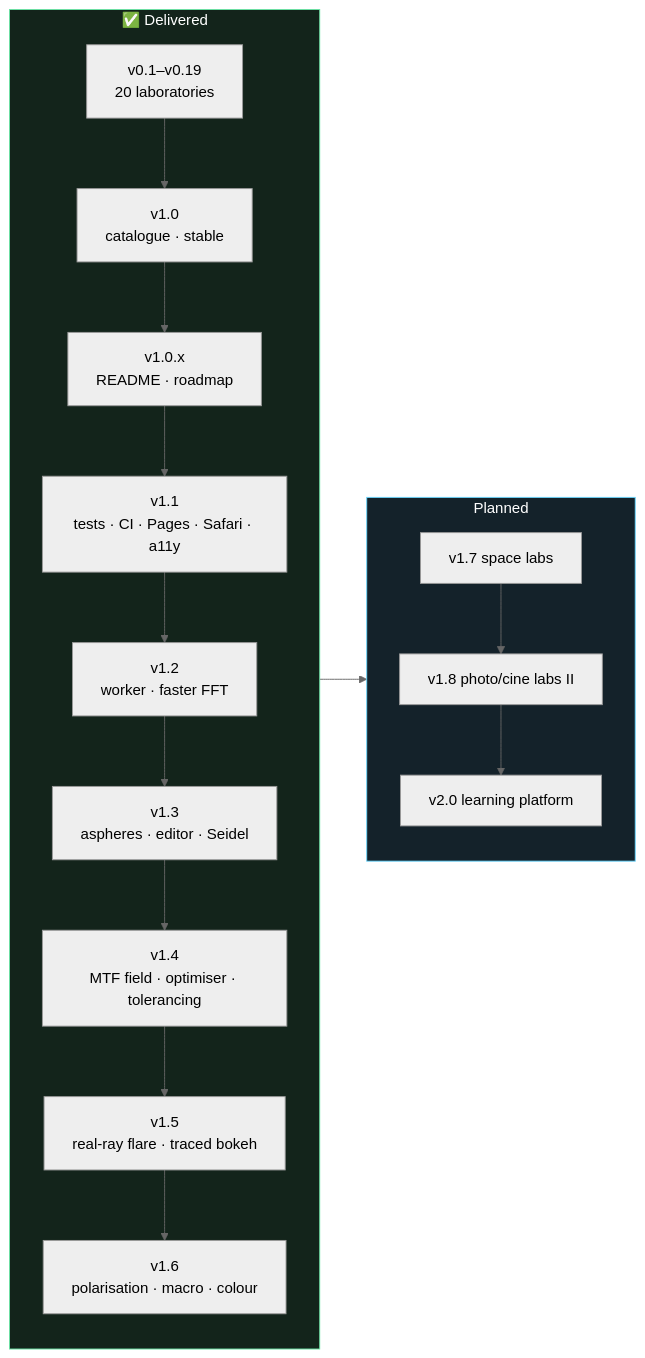
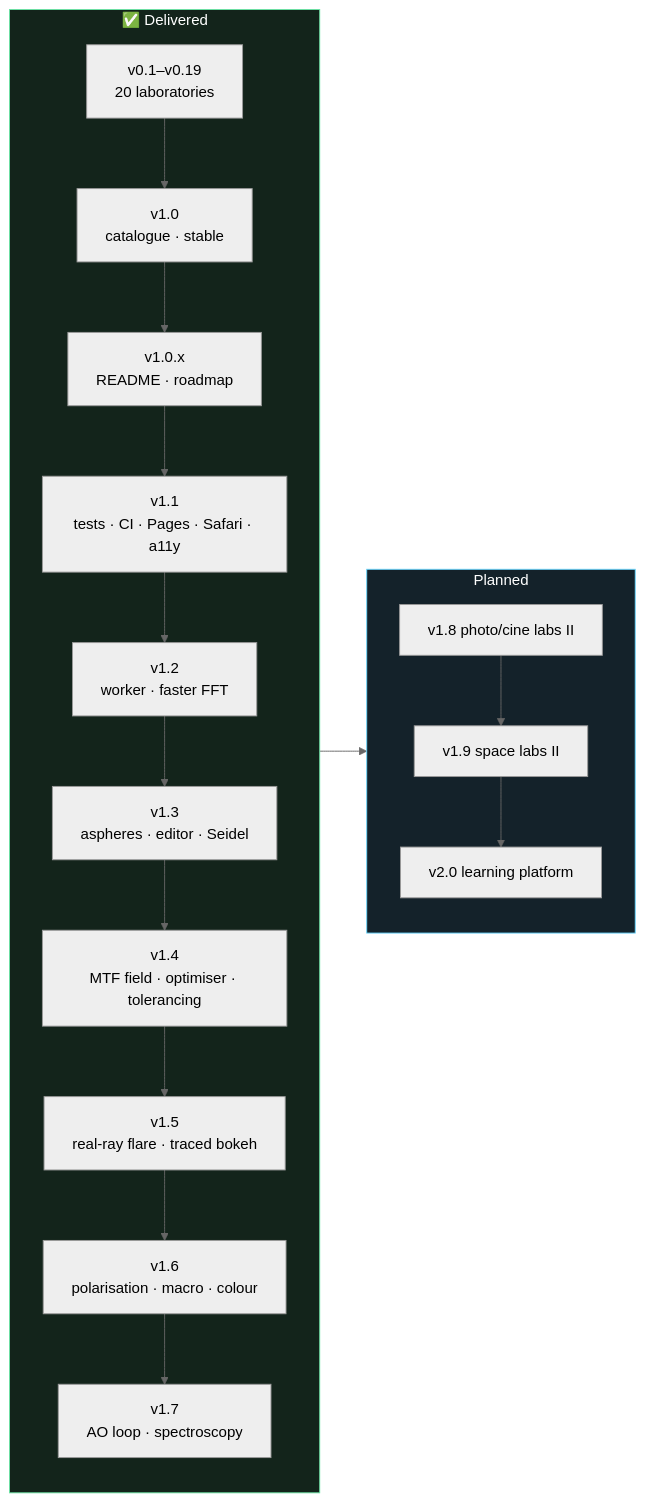
One commit to iiogurt/Optica_Viva changed the diagram in ROADMAP.md. Above: the diagram before and after it, drawn with Mermaid (neutral theme). The commit also changed other lines of this file and 3 other files, not shown here.

Commit message:
docs: complete the v1.7 milestone; move the remaining space labs to v1.9 (#41)

````diff
--- a/ROADMAP.md
+++ b/ROADMAP.md
@@ -51,14 +52,14 @@
 ```mermaid
 flowchart LR
     subgraph Done["✅ Delivered"]
         direction TB
-        D0["v0.1–v0.19<br/>20 laboratories"] --> D1["v1.0<br/>catalogue · stable"] --> D2["v1.0.x<br/>README · roadmap"] --> D3["v1.1<br/>tests · CI · Pages · Safari · a11y"] --> D4["v1.2<br/>worker · faster FFT"] --> D5["v1.3<br/>aspheres · editor · Seidel"] --> D6["v1.4<br/>MTF field · optimiser · tolerancing"] --> D7["v1.5<br/>real-ray flare · traced bokeh"] --> D8["v1.6<br/>polarisation · macro · colour"]
+        D0["v0.1–v0.19<br/>20 laboratories"] --> D1["v1.0<br/>catalogue · stable"] --> D2["v1.0.x<br/>README · roadmap"] --> D3["v1.1<br/>tests · CI · Pages · Safari · a11y"] --> D4["v1.2<br/>worker · faster FFT"] --> D5["v1.3<br/>aspheres · editor · Seidel"] --> D6["v1.4<br/>MTF field · optimiser · tolerancing"] --> D7["v1.5<br/>real-ray flare · traced bokeh"] --> D8["v1.6<br/>polarisation · macro · colour"] --> D9["v1.7<br/>AO loop · spectroscopy"]
     end
     subgraph Next["Planned"]
         direction TB
-        N6["v1.7 space labs"] --> N8["v1.8 photo/cine labs II"] --> N7["v2.0 learning platform"]
+        N8["v1.8 photo/cine labs II"] --> N9["v1.9 space labs II"] --> N7["v2.0 learning platform"]
     end
     Done --> Next
     style Done fill:#13241b,stroke:#6be3a4,color:#fff
     style Next fill:#14222a,stroke:#6ad7ff,color:#fff
 ```
````
